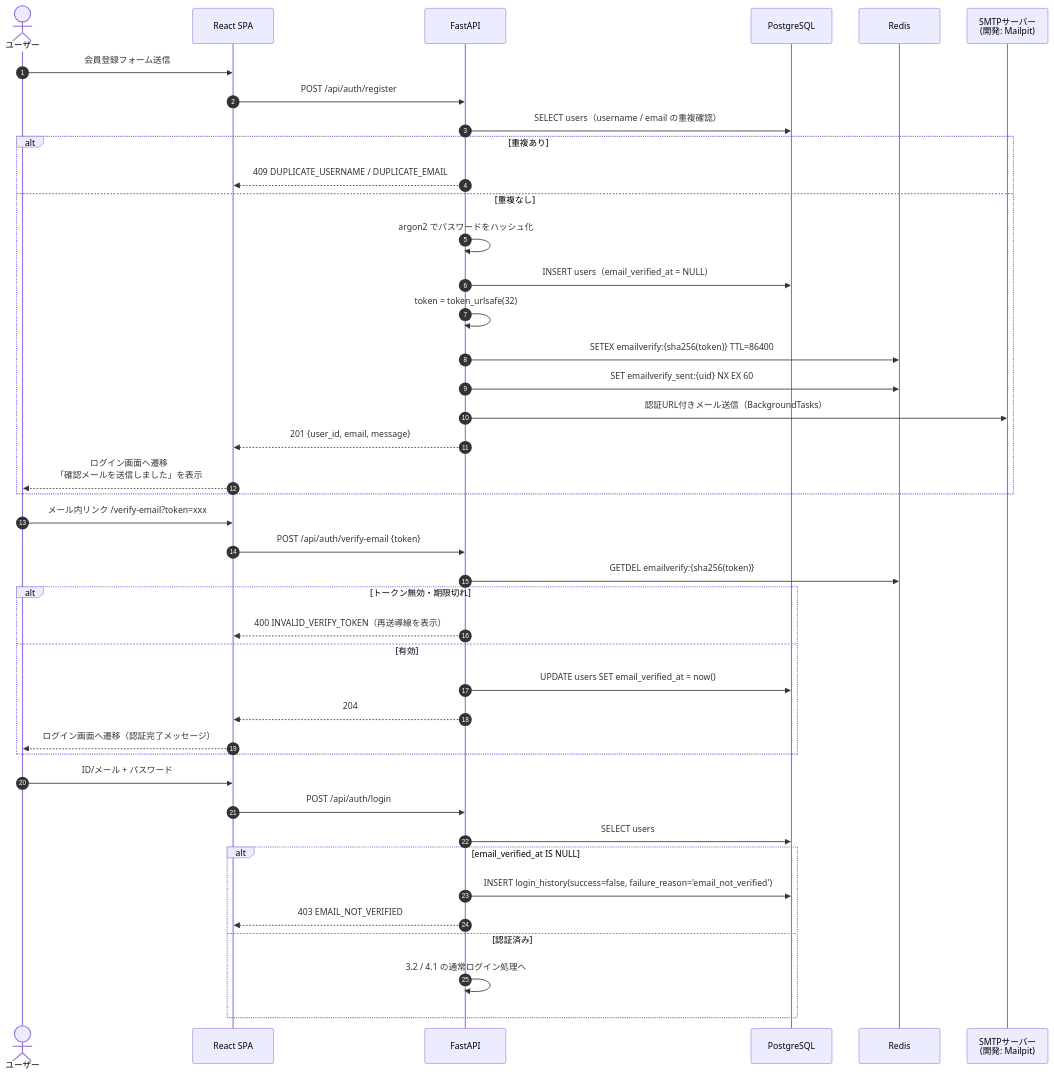
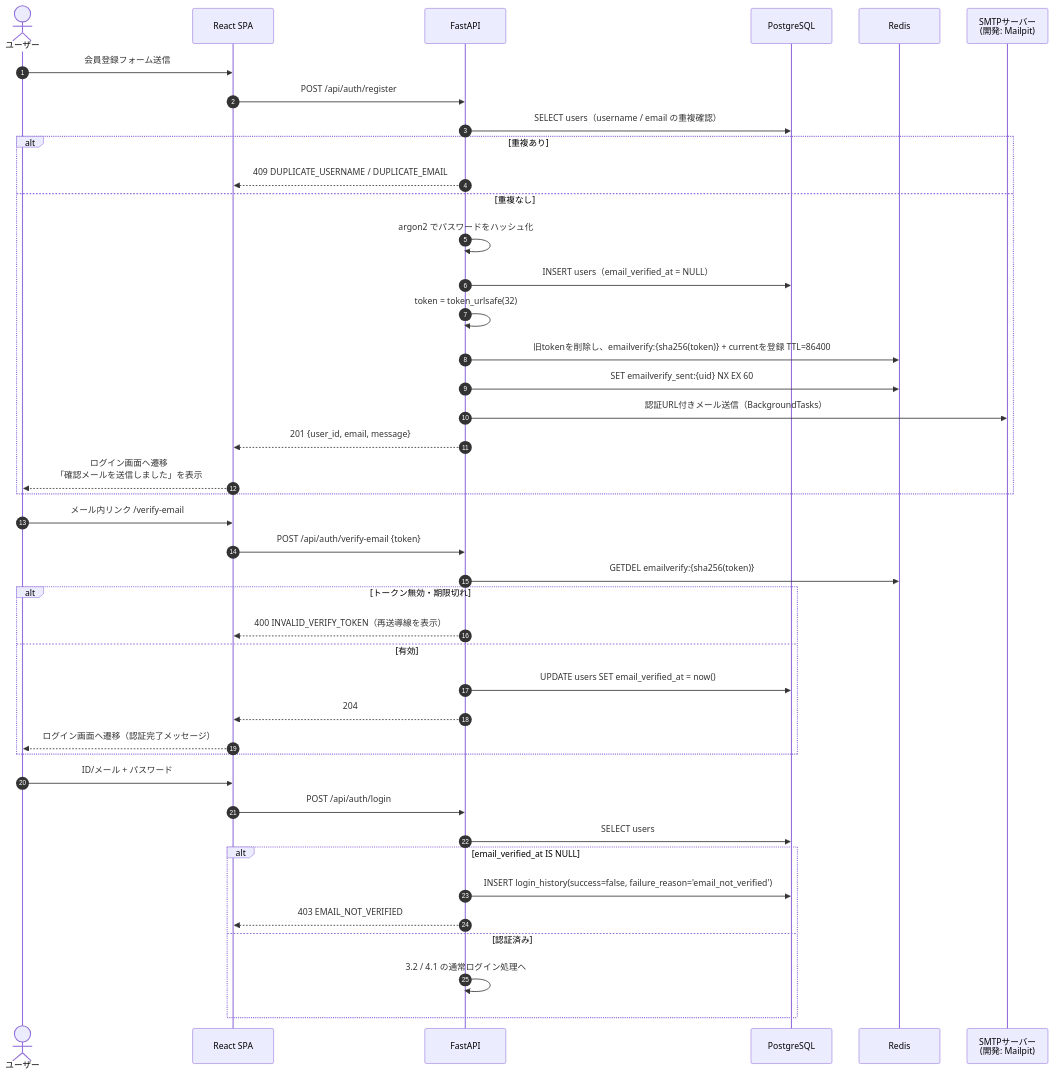
Before and after one commit to oikawa-d/task_management: the seventh of 10 diagrams in basic_design/03_auth.md, drawn with Mermaid. The commit also changed other lines of this file and 15 other files, not shown here.

````diff
--- a/basic_design/03_auth.md
+++ b/basic_design/03_auth.md
@@ -298,47 +322,47 @@
 ```mermaid
 sequenceDiagram
     autonumber
     actor U as ユーザー
     participant FE as React SPA
     participant API as FastAPI
     participant PG as PostgreSQL
     participant RD as Redis
     participant SMTP as SMTPサーバー<br/>(開発: Mailpit)
 
     U->>FE: 会員登録フォーム送信
     FE->>API: POST /api/auth/register
     API->>PG: SELECT users（username / email の重複確認）
     alt 重複あり
         API-->>FE: 409 DUPLICATE_USERNAME / DUPLICATE_EMAIL
     else 重複なし
         API->>API: argon2 でパスワードをハッシュ化
         API->>PG: INSERT users（email_verified_at = NULL）
         API->>API: token = token_urlsafe(32)
-        API->>RD: SETEX emailverify:{sha256(token)} TTL=86400
+        API->>RD: 旧tokenを削除し、emailverify:{sha256(token)} + currentを登録 TTL=86400
         API->>RD: SET emailverify_sent:{uid} NX EX 60
         API->>SMTP: 認証URL付きメール送信（BackgroundTasks）
         API-->>FE: 201 {user_id, email, message}
         FE-->>U: ログイン画面へ遷移<br/>「確認メールを送信しました」を表示
     end
 
-    U->>FE: メール内リンク /verify-email?token=xxx
+    U->>FE: メール内リンク /verify-email#token=xxx
     FE->>API: POST /api/auth/verify-email {token}
     API->>RD: GETDEL emailverify:{sha256(token)}
     alt トークン無効・期限切れ
         API-->>FE: 400 INVALID_VERIFY_TOKEN（再送導線を表示）
     else 有効
         API->>PG: UPDATE users SET email_verified_at = now()
         API-->>FE: 204
         FE-->>U: ログイン画面へ遷移（認証完了メッセージ）
     end
 
     U->>FE: ID/メール + パスワード
     FE->>API: POST /api/auth/login
     API->>PG: SELECT users
     alt email_verified_at IS NULL
         API->>PG: INSERT login_history(success=false, failure_reason='email_not_verified')
         API-->>FE: 403 EMAIL_NOT_VERIFIED
     else 認証済み
         API->>API: 3.2 / 4.1 の通常ログイン処理へ
     end
 ```
````
